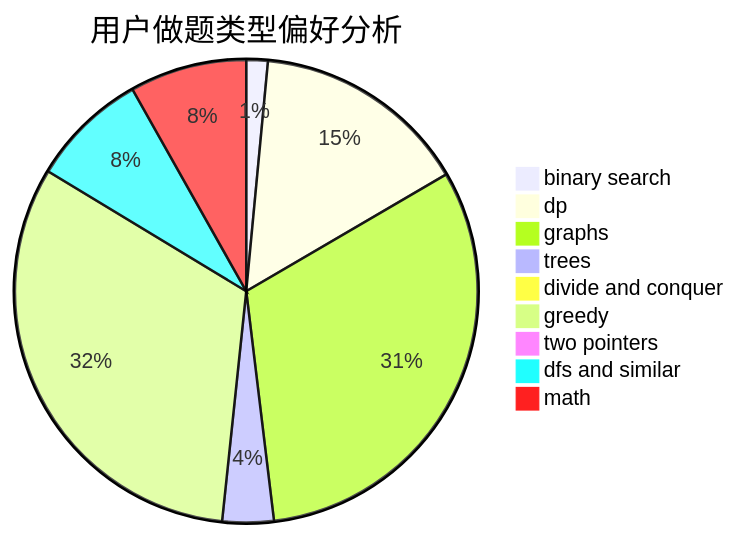
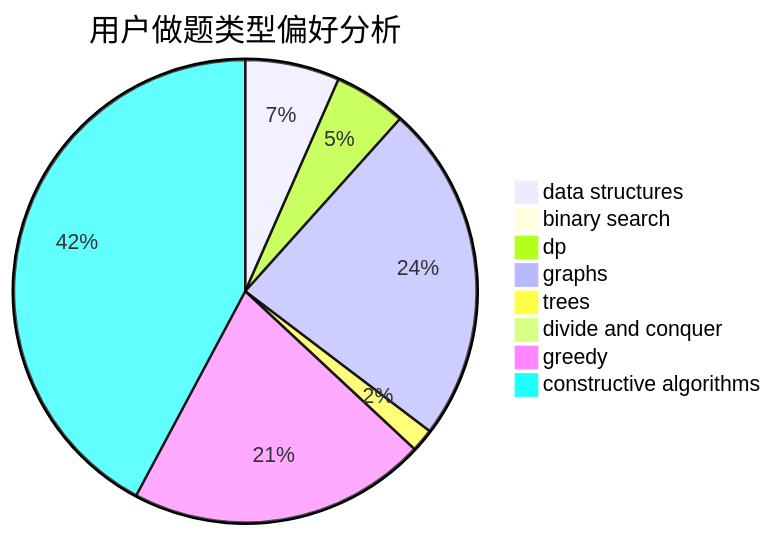
The second of 3 diagrams in docs/user/u2052.md (sherpahu/cfrs.github.io), drawn with Mermaid before and after one commit. The commit also changed other lines of this file and 2775 other files, not shown here.

````diff
--- a/docs/user/u2052.md
+++ b/docs/user/u2052.md
@@ -23,12 +23,11 @@
 ```mermaid
 pie title 用户做题类型偏好分析
-    "binary search" :  18
-    "dp" :  181
-    "graphs" :  378
-    "trees" :  43
-    "divide and conquer" :  10
-    "greedy" :  384
-    "two pointers" :  5
-    "dfs and similar" :  98
-    "math" :  98
+    "data structures" :  98
+    "binary search" :  2
+    "dp" :  75
+    "graphs" :  352
+    "trees" :  24
+    "divide and conquer" :  3
+    "greedy" :  310
+    "constructive algorithms" :  627
 ```
````
